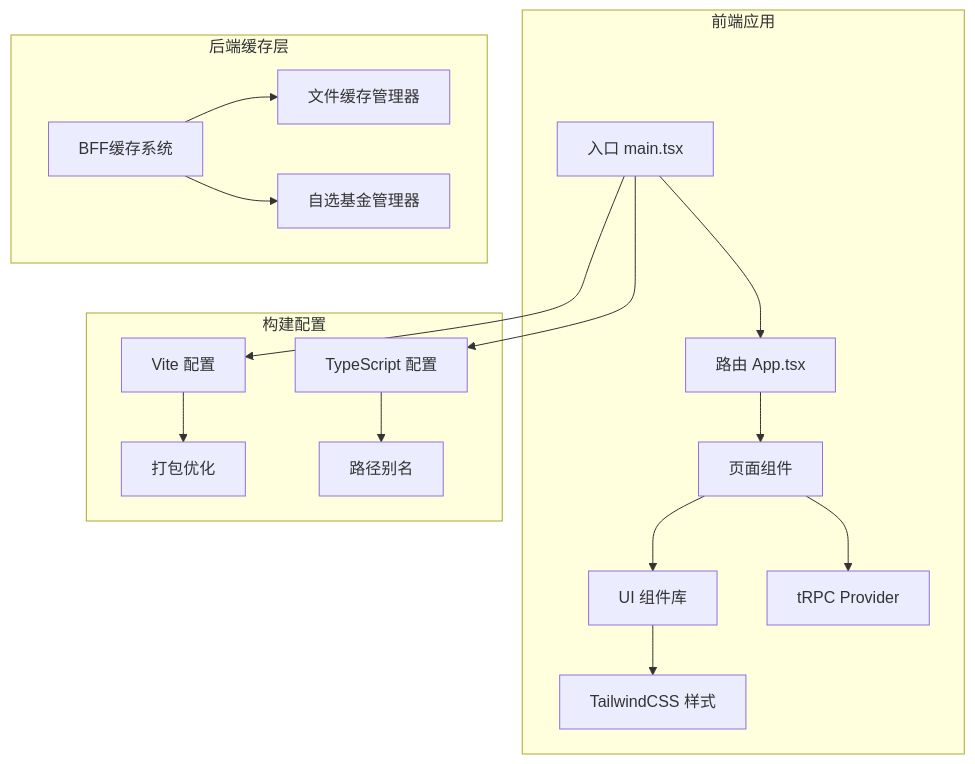
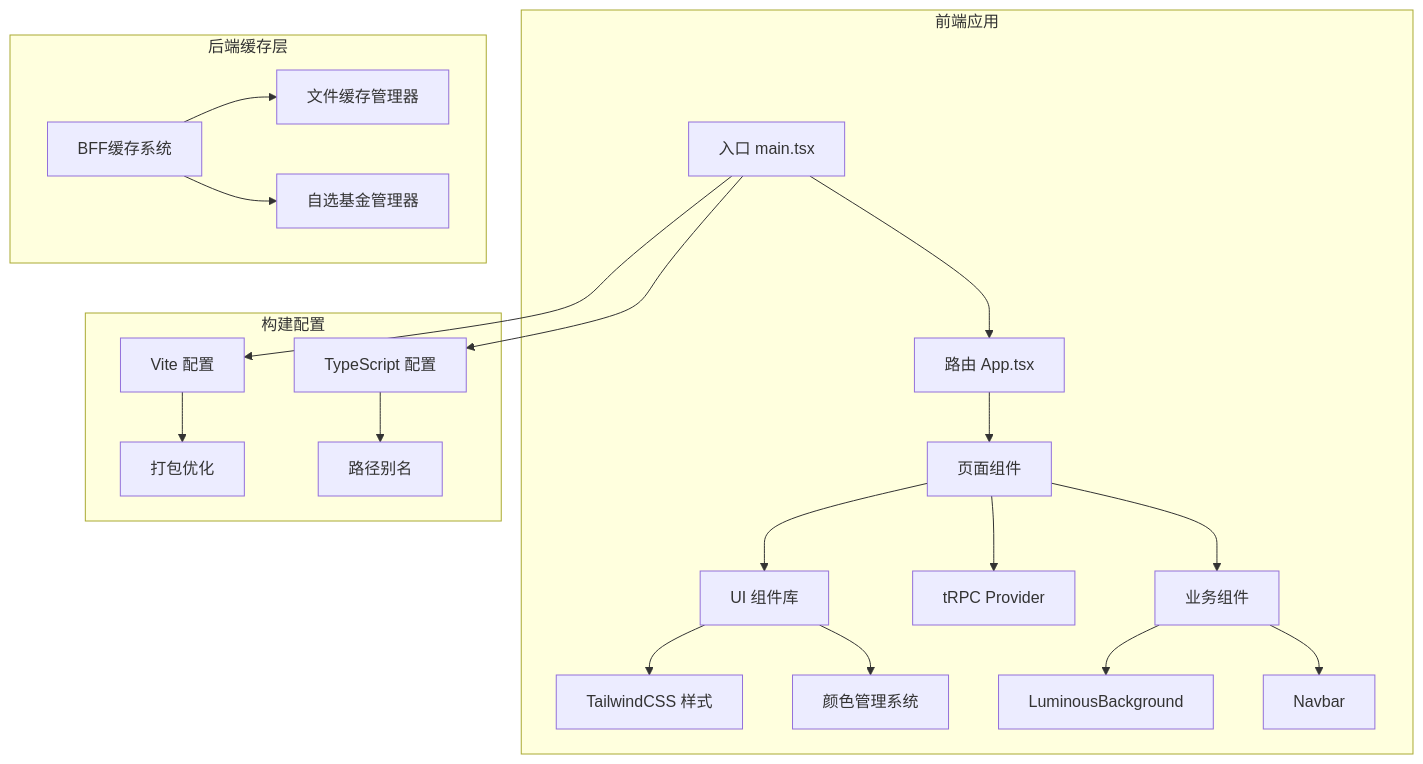
The first of 14 diagrams in .qoder/repowiki/zh/content/前端应用文档/前端应用文档.md (youkell85/FundTrader), drawn with Mermaid before and after one commit. The commit also changed other lines of this file and 11 other files, not shown here.

````diff
--- a/.qoder/repowiki/zh/content/前端应用文档/前端应用文档.md
+++ b/.qoder/repowiki/zh/content/前端应用文档/前端应用文档.md
@@ -62,20 +69,24 @@
 ```mermaid
 graph TB
 subgraph "前端应用"
 A[入口 main.tsx] --> B[路由 App.tsx]
 B --> C[页面组件]
 C --> D[UI 组件库]
 C --> E[tRPC Provider]
 D --> F[TailwindCSS 样式]
+D --> G[颜色管理系统]
+C --> H[业务组件]
+H --> I[LuminousBackground]
+H --> J[Navbar]
 end
 subgraph "后端缓存层"
-G[BFF缓存系统] --> H[文件缓存管理器]
-G --> I[自选基金管理器]
+K[BFF缓存系统] --> L[文件缓存管理器]
+K --> M[自选基金管理器]
 end
 subgraph "构建配置"
-J[Vite 配置] --> K[打包优化]
-L[TypeScript 配置] --> M[路径别名]
+N[Vite 配置] --> O[打包优化]
+P[TypeScript 配置] --> Q[路径别名]
 end
-A --> J
-A --> L
+A --> N
+A --> P
 ```
````
